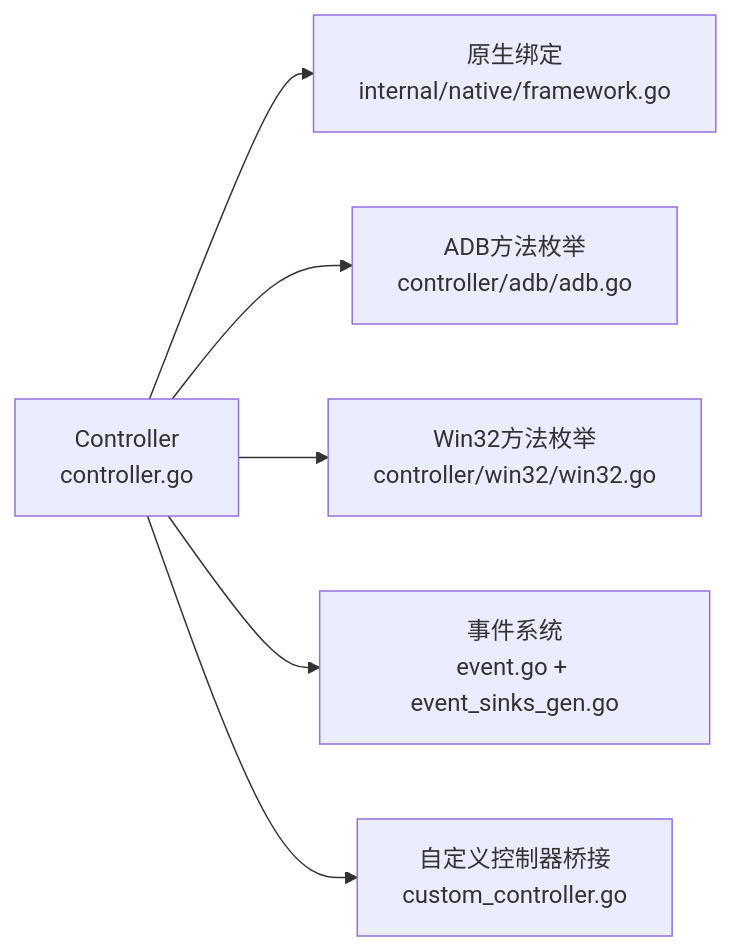
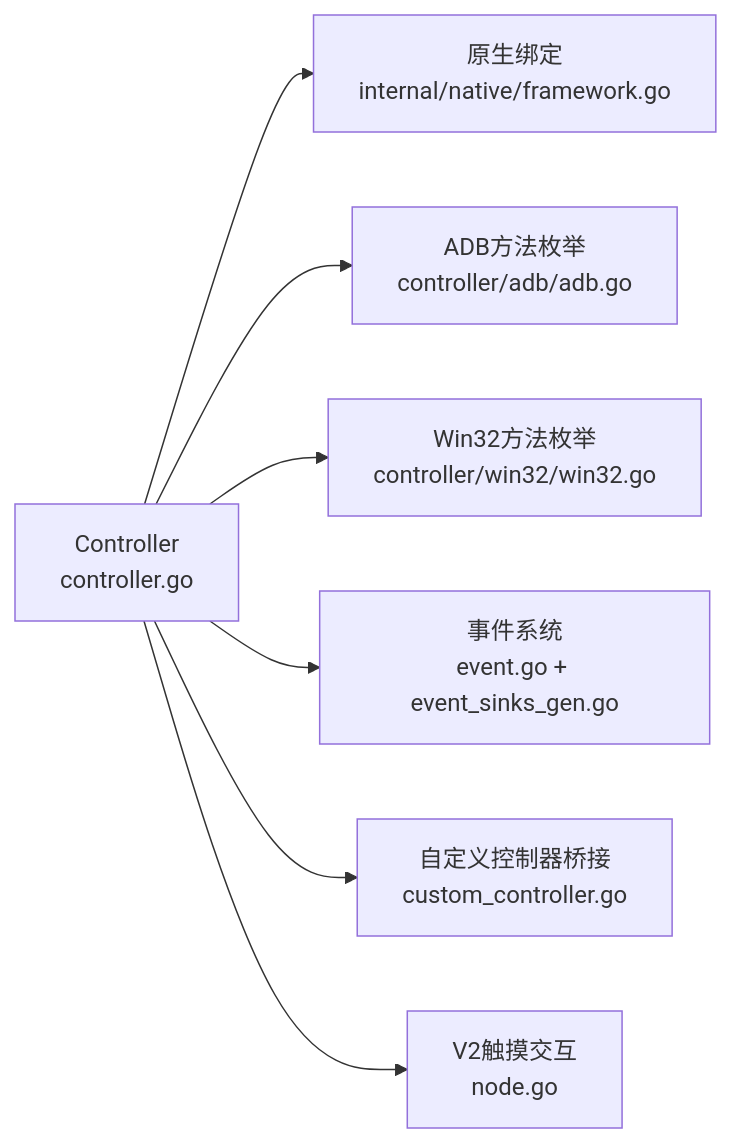
One commit to kqcoxn/MaaPipelineEditor changed the third of 3 diagrams in instructions/maafw-golang-binding/API参考/控制器.md. Above: the diagram before and after it, drawn with Mermaid. The commit also changed other lines of this file and 7 other files, not shown here.

````diff
--- a/instructions/maafw-golang-binding/API参考/控制器.md
+++ b/instructions/maafw-golang-binding/API参考/控制器.md
@@ -252,8 +296,9 @@
 ```mermaid
 graph LR
 Ctrl["Controller<br/>controller.go"] --> Native["原生绑定<br/>internal/native/framework.go"]
 Ctrl --> ADB["ADB方法枚举<br/>controller/adb/adb.go"]
 Ctrl --> Win32["Win32方法枚举<br/>controller/win32/win32.go"]
 Ctrl --> Event["事件系统<br/>event.go + event_sinks_gen.go"]
 Ctrl --> Custom["自定义控制器桥接<br/>custom_controller.go"]
+Ctrl --> V2["V2触摸交互<br/>node.go"]
 ```
````
